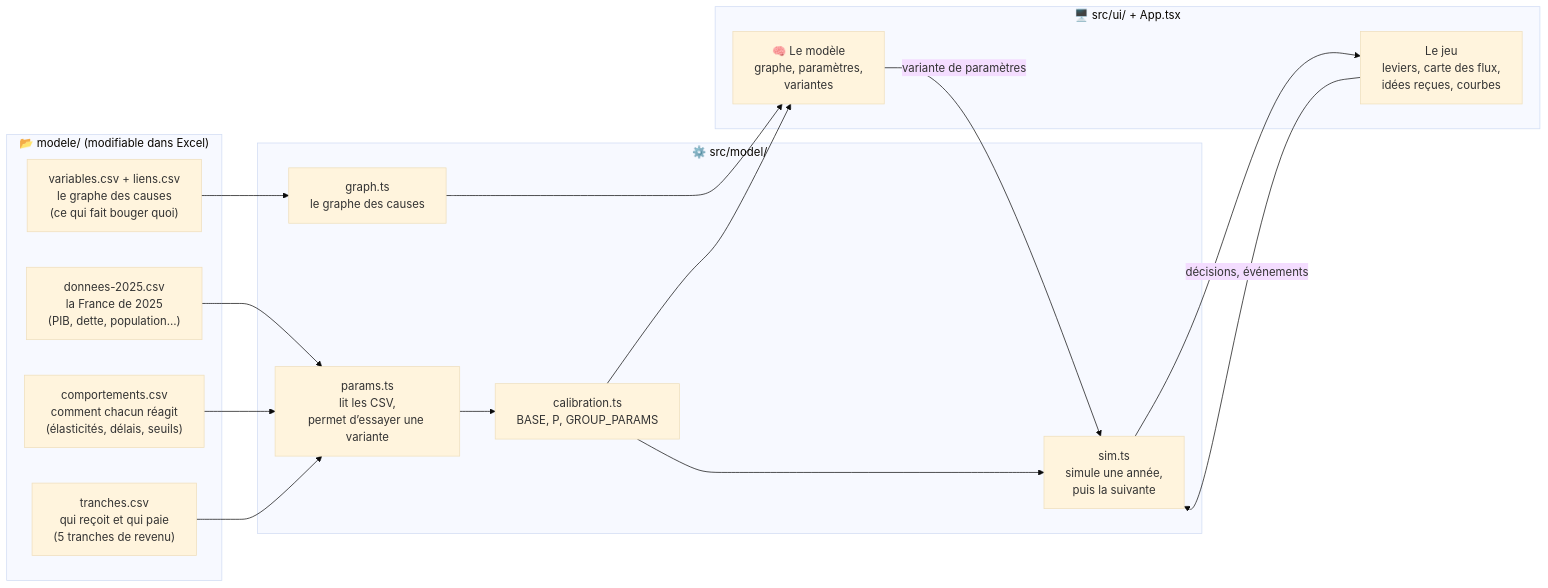
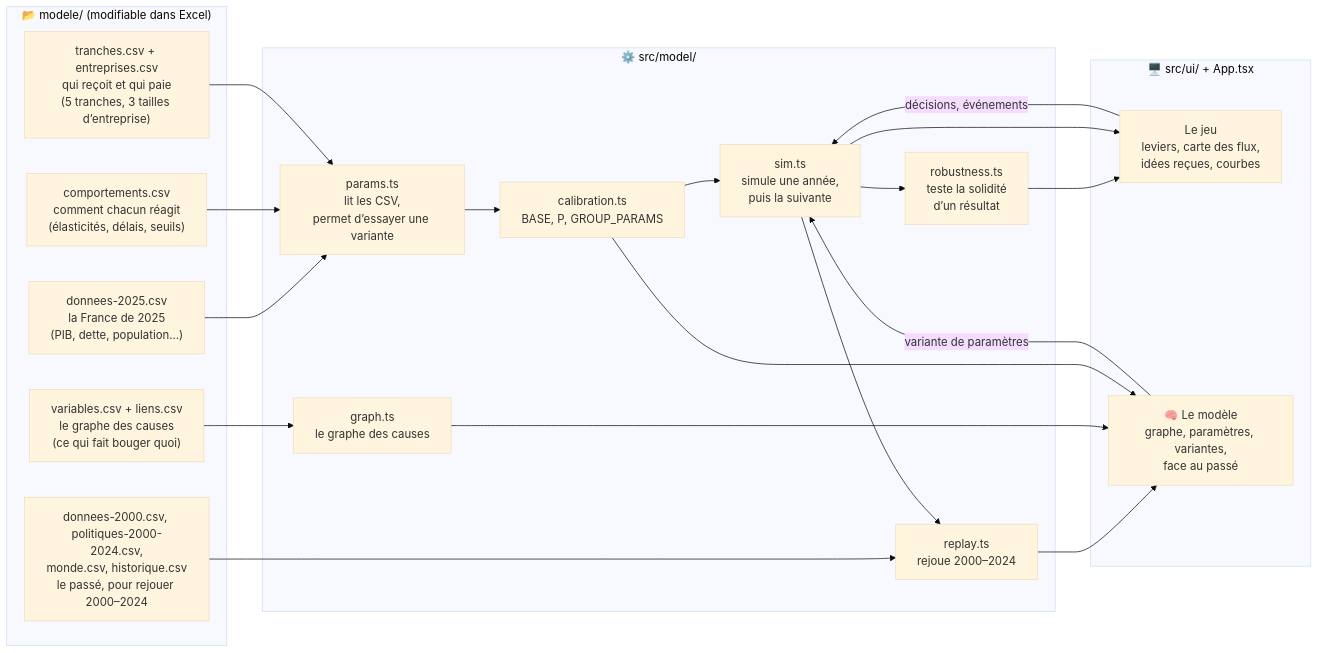
One commit to ClemDelp/france-sim changed the first of 9 diagrams in docs/COMMENT-CA-MARCHE.md. Above: the diagram before and after it, drawn with Mermaid (base theme). The commit also changed other lines of this file and 30 other files, not shown here.

````diff
--- a/docs/COMMENT-CA-MARCHE.md
+++ b/docs/COMMENT-CA-MARCHE.md
@@ -12,29 +12,35 @@
 ```mermaid
 flowchart LR
     subgraph modele["📂 modele/ (modifiable dans Excel)"]
         D["donnees-2025.csv<br/>la France de 2025<br/>(PIB, dette, population…)"]
         C["comportements.csv<br/>comment chacun réagit<br/>(élasticités, délais, seuils)"]
-        T["tranches.csv<br/>qui reçoit et qui paie<br/>(5 tranches de revenu)"]
+        T["tranches.csv + entreprises.csv<br/>qui reçoit et qui paie<br/>(5 tranches, 3 tailles d’entreprise)"]
+        H["donnees-2000.csv, politiques-2000-2024.csv,<br/>monde.csv, historique.csv<br/>le passé, pour rejouer 2000–2024"]
         V["variables.csv + liens.csv<br/>le graphe des causes<br/>(ce qui fait bouger quoi)"]
     end
     subgraph moteur["⚙️ src/model/"]
         P["params.ts<br/>lit les CSV,<br/>permet d’essayer une variante"]
         CAL["calibration.ts<br/>BASE, P, GROUP_PARAMS"]
         SIM["sim.ts<br/>simule une année,<br/>puis la suivante"]
         G["graph.ts<br/>le graphe des causes"]
+        R["replay.ts<br/>rejoue 2000–2024"]
+        ROB["robustness.ts<br/>teste la solidité<br/>d’un résultat"]
     end
     subgraph ui["🖥️ src/ui/ + App.tsx"]
         GAME["Le jeu<br/>leviers, carte des flux,<br/>idées reçues, courbes"]
-        BRAIN["🧠 Le modèle<br/>graphe, paramètres,<br/>variantes"]
+        BRAIN["🧠 Le modèle<br/>graphe, paramètres, variantes,<br/>face au passé"]
     end
     D --> P
     C --> P
     T --> P
     P --> CAL --> SIM
     V --> G
+    H --> R
+    SIM --> R --> BRAIN
+    SIM --> ROB --> GAME
     SIM --> GAME
     G --> BRAIN
     CAL --> BRAIN
     BRAIN -- "variante de paramètres" --> SIM
     GAME -- "décisions, événements" --> SIM
 ```
````
